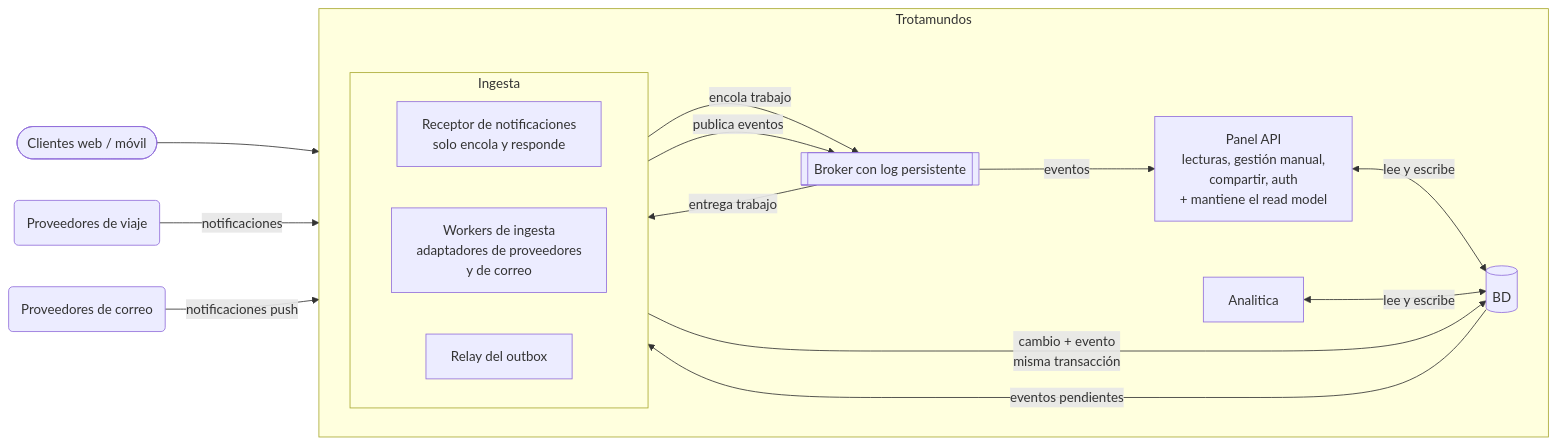
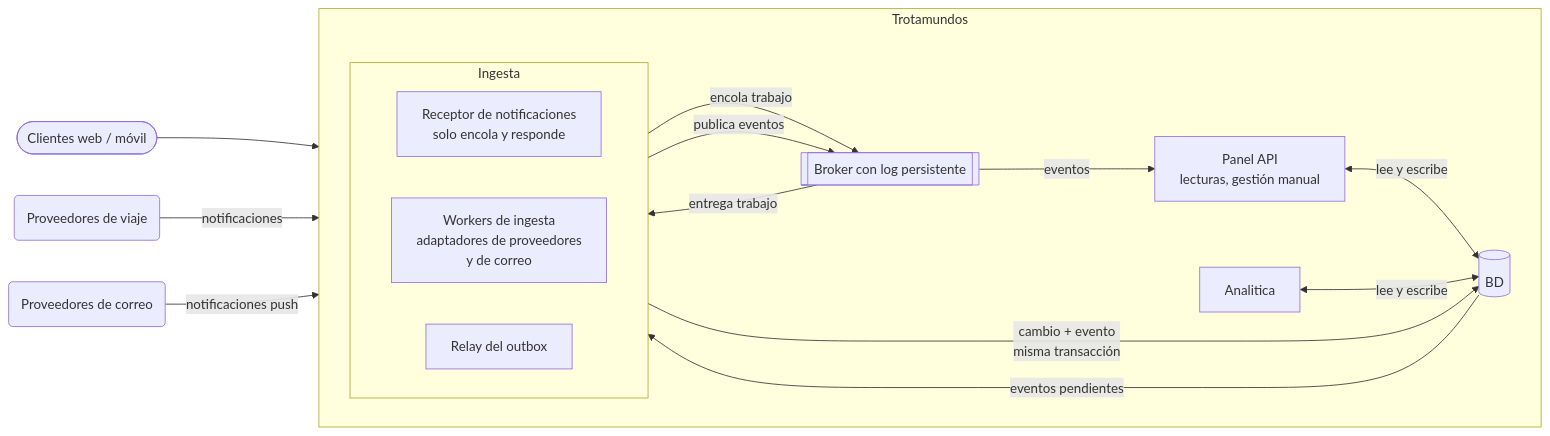
The diagram in Vista-Modular inicial-del-sistema.md (matiascanova/TPE_SOFTWARE), drawn with Mermaid before and after one commit.

Commit message:
Update Vista-Modular inicial-del-sistema.md

````diff
--- a/Vista-Modular inicial-del-sistema.md
+++ b/Vista-Modular inicial-del-sistema.md
@@ -12,37 +12,37 @@
 ```mermaid
 flowchart LR
     CL([Clientes web / móvil])
     PV(Proveedores de viaje)
     MC(Proveedores de correo)
 
     subgraph TROT[Trotamundos]
         direction LR
-        API["Panel API<br/>lecturas, gestión manual,<br/>compartir, auth<br/>+ mantiene el read model"]
+        API["Panel API<br/>lecturas, gestión manual"]
 
         subgraph INGD[Ingesta]
             direction LR
             RX["Receptor de notificaciones<br/>solo encola y responde"]
             WK["Workers de ingesta<br/>adaptadores de proveedores<br/>y de correo"]
             RL["Relay del outbox"]
         end
 
         BR[["Broker con log persistente"]]
         DB[("BD")]
         CA["Analitica"]
     end
 
     CL --> API
     API <-->|"lee y escribe"| DB
 
     PV -- "notificaciones" --> RX
     MC -- "notificaciones push" --> RX
     RX -- "encola trabajo" --> BR
     BR -- "entrega trabajo" --> WK
     WK -- "cambio + evento<br/>misma transacción" --> DB
 
     DB -- "eventos pendientes" --> RL
     RL -- "publica eventos" --> BR
     BR -- "eventos" --> API
 
     CA <-- "lee y escribe" --> DB
 ```
````
